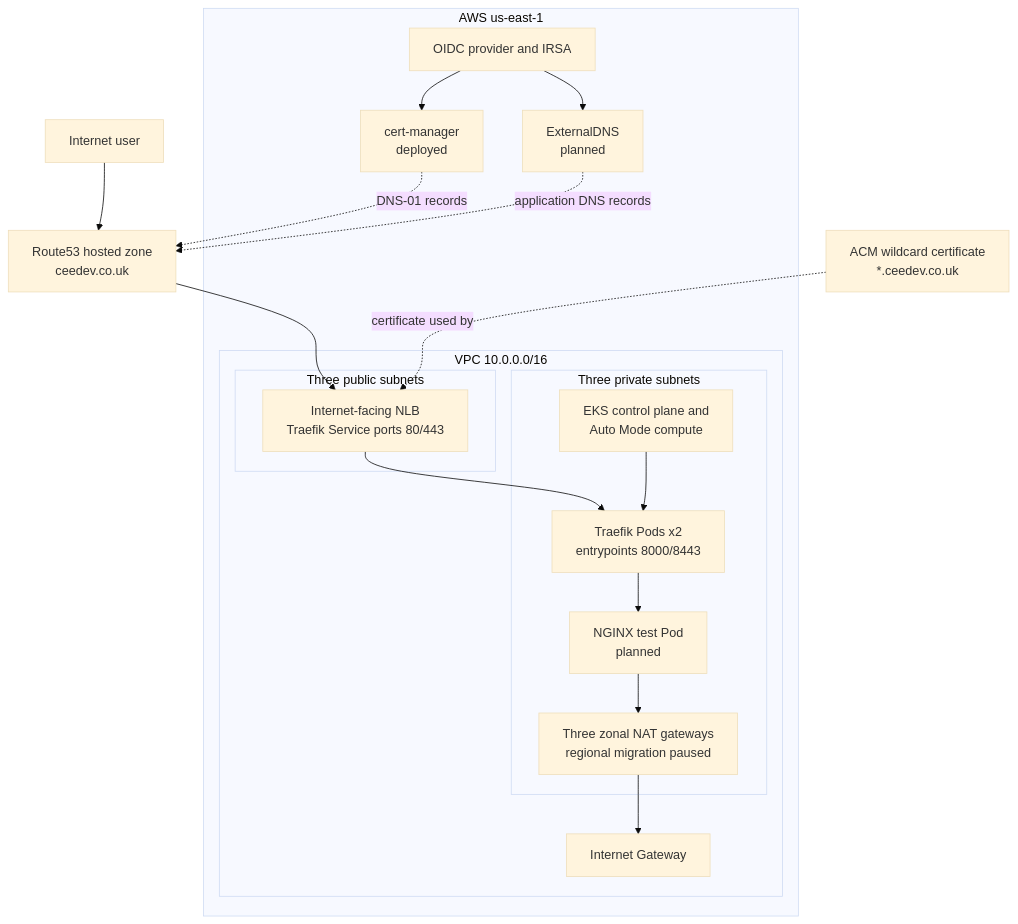
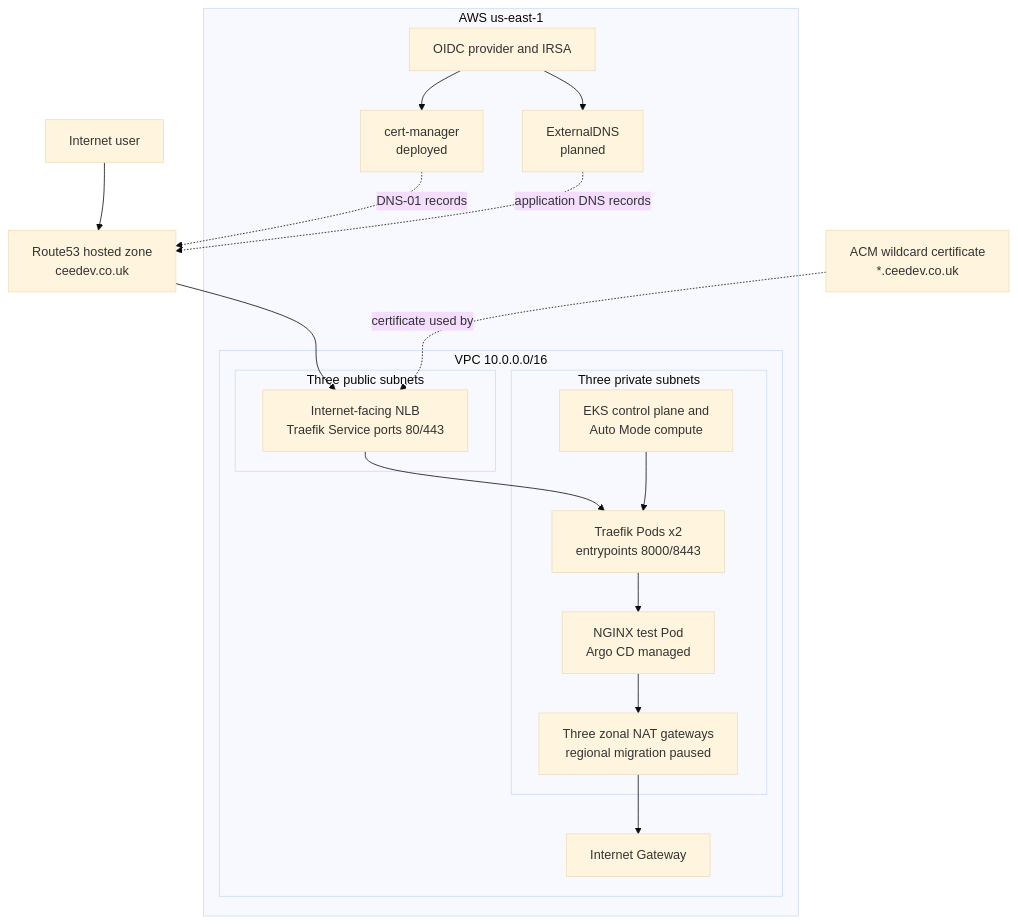
One commit to cmomodo/kubernetes changed the diagram in AKS/docs/architecture.md. Above: the diagram before and after it, drawn with Mermaid (base theme). The commit also changed other lines of this file and 24 other files, not shown here.

````diff
--- a/AKS/docs/architecture.md
+++ b/AKS/docs/architecture.md
@@ -3,38 +3,38 @@
 ```mermaid
 flowchart TB
     User[Internet user]
     DNS[Route53 hosted zone<br/>ceedev.co.uk]
     ACM[ACM wildcard certificate<br/>*.ceedev.co.uk]
 
     subgraph AWS[AWS us-east-1]
         subgraph VPC[VPC 10.0.0.0/16]
             IGW[Internet Gateway]
             subgraph Public[Three public subnets]
                 NLB[Internet-facing NLB<br/>Traefik Service ports 80/443]
             end
             subgraph Private[Three private subnets]
                 EKS[EKS control plane and<br/>Auto Mode compute]
                 Traefik[Traefik Pods x2<br/>entrypoints 8000/8443]
-                App[NGINX test Pod<br/>planned]
+                App[NGINX test Pod<br/>Argo CD managed]
                 NAT[Three zonal NAT gateways<br/>regional migration paused]
             end
         end
 
         IRSA[OIDC provider and IRSA]
         CM[cert-manager<br/>deployed]
         ED[ExternalDNS<br/>planned]
     end
 
     User --> DNS
     DNS --> NLB
     ACM -. certificate used by .-> NLB
     NLB --> Traefik
     Traefik --> App
     App --> NAT --> IGW
 
     EKS --> Traefik
     IRSA --> CM
     IRSA --> ED
     CM -. DNS-01 records .-> DNS
     ED -. application DNS records .-> DNS
 ```
````
